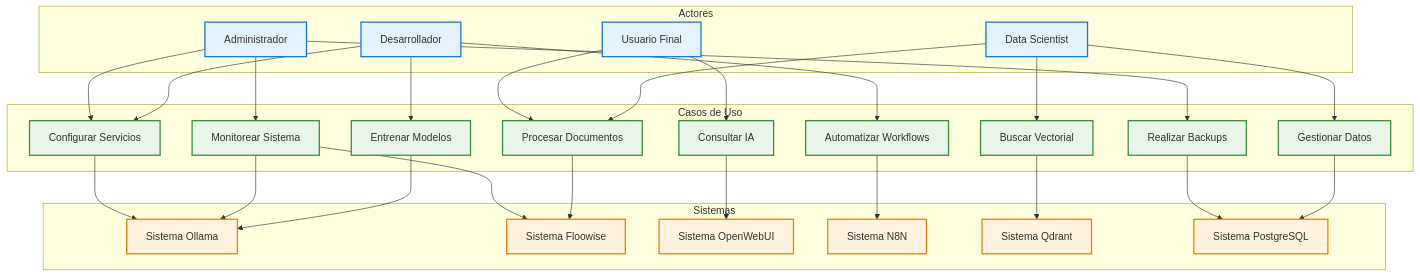
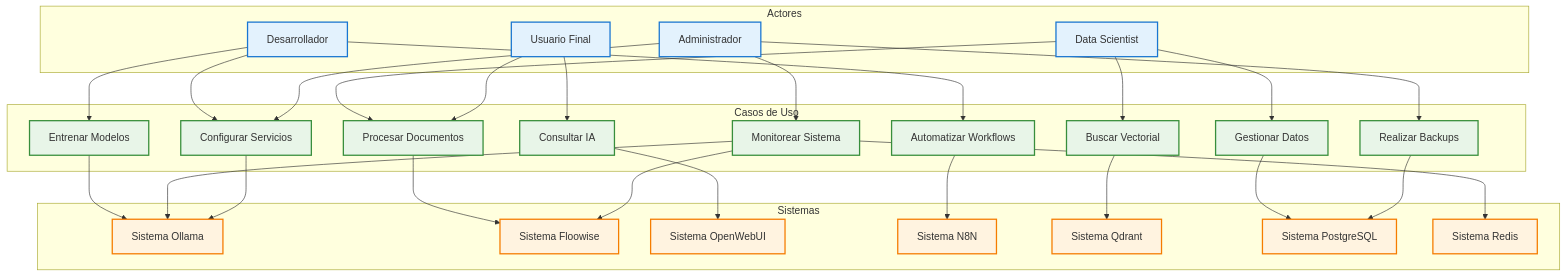
Before and after one commit to EdissonGirald0/laboratorioAI: the fifth of 8 diagrams in README.md, drawn with Mermaid. The commit also changed other lines of this file and 16 other files, not shown here.

````diff
--- a/README.md
+++ b/README.md
@@ -121,64 +310,66 @@
 ```mermaid
 graph TB
     subgraph Actores
         DEV[Desarrollador]
         DATA[Data Scientist]
         USER[Usuario Final]
         ADMIN[Administrador]
     end
     
     subgraph CasosDeUso ["Casos de Uso"]
-        UC1[Entrenar Modelos]
-        UC2[Procesar Documentos]
-        UC3[Consultar IA]
-        UC4[Automatizar Workflows]
-        UC5[Buscar Vectorial]
-        UC6[Gestionar Datos]
-        UC7[Monitorear Sistema]
-        UC8[Realizar Backups]
-        UC9[Configurar Servicios]
+        UC1["Entrenar Modelos"]
+        UC2["Procesar Documentos"]
+        UC3["Consultar IA"]
+        UC4["Automatizar Workflows"]
+        UC5["Buscar Vectorial"]
+        UC6["Gestionar Datos"]
+        UC7["Monitorear Sistema"]
+        UC8["Realizar Backups"]
+        UC9["Configurar Servicios"]
     end
     
     subgraph Sistemas
         OL_SYSTEM[Sistema Ollama]
         FW_SYSTEM[Sistema Floowise]
         UI_SYSTEM[Sistema OpenWebUI]
         N8N_SYSTEM[Sistema N8N]
         QD_SYSTEM[Sistema Qdrant]
         PG_SYSTEM[Sistema PostgreSQL]
+        RD_SYSTEM[Sistema Redis]
     end
     
     DEV --> UC1
     DEV --> UC4
     DEV --> UC9
     
     DATA --> UC2
     DATA --> UC5
     DATA --> UC6
     
     USER --> UC3
     USER --> UC2
     
     ADMIN --> UC7
     ADMIN --> UC8
     ADMIN --> UC9
     
     UC1 --> OL_SYSTEM
     UC2 --> FW_SYSTEM
     UC3 --> UI_SYSTEM
     UC4 --> N8N_SYSTEM
     UC5 --> QD_SYSTEM
     UC6 --> PG_SYSTEM
     UC7 --> OL_SYSTEM
     UC7 --> FW_SYSTEM
+    UC7 --> RD_SYSTEM
     UC8 --> PG_SYSTEM
     UC9 --> OL_SYSTEM
     
     classDef actorClass fill:#e3f2fd,stroke:#1976d2,stroke-width:2px
     classDef ucClass fill:#e8f5e8,stroke:#388e3c,stroke-width:2px
     classDef systemClass fill:#fff3e0,stroke:#f57c00,stroke-width:2px
     
     class DEV,DATA,USER,ADMIN actorClass
     class UC1,UC2,UC3,UC4,UC5,UC6,UC7,UC8,UC9 ucClass
-    class OL_SYSTEM,FW_SYSTEM,UI_SYSTEM,N8N_SYSTEM,QD_SYSTEM,PG_SYSTEM systemClass
+    class OL_SYSTEM,FW_SYSTEM,UI_SYSTEM,N8N_SYSTEM,QD_SYSTEM,PG_SYSTEM,RD_SYSTEM systemClass
 ```
````
